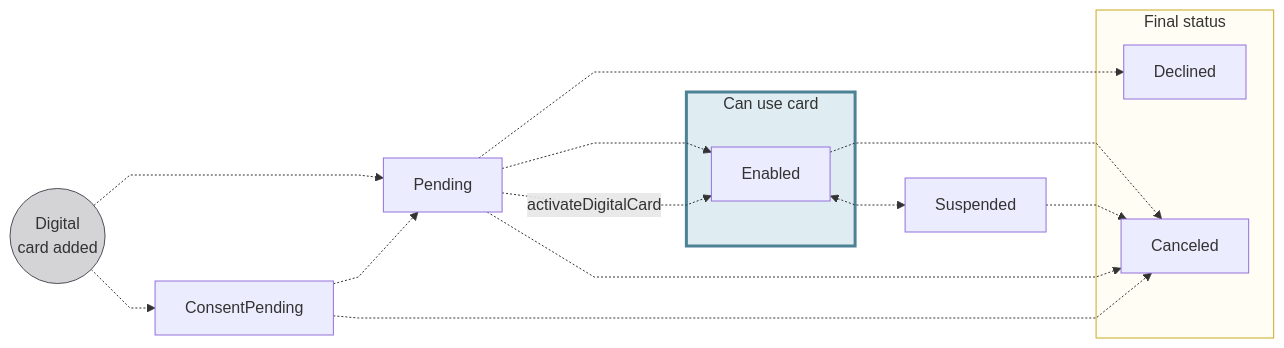
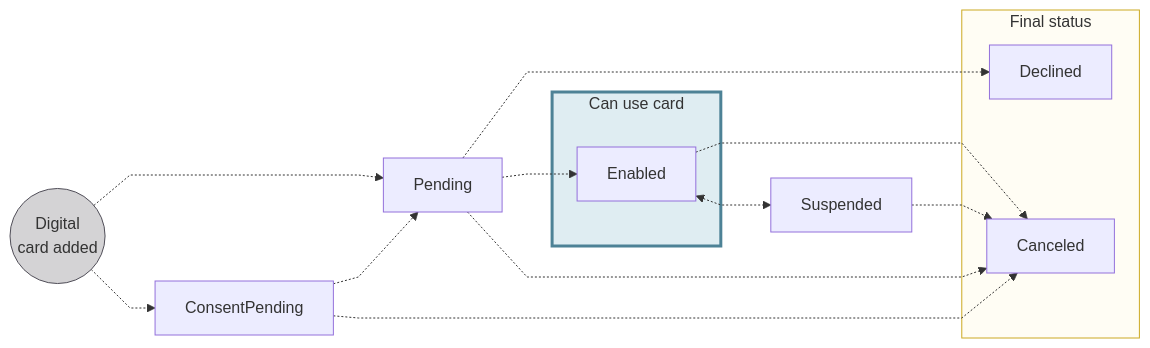
One commit to swan-io/docs changed the diagram in docs/cards/concepts/digital/statuses.mdx. Above: the diagram before and after it, drawn with Mermaid. The commit also changed other lines of this file and 5 other files, not shown here.

````diff
--- a/docs/cards/concepts/digital/statuses.mdx
+++ b/docs/cards/concepts/digital/statuses.mdx
@@ -15,25 +20,24 @@
 ```mermaid
 %%{ init: { 'flowchart': { 'curve': 'linear' } } }%%
 flowchart LR
     DCA((Digital<br/>card added)) -.-> P[Pending]
     DCA -.-> CP[ConsentPending]
     P -.-> D[Declined]
     CP -.-> P
     CP -.-> CD
     P -.-> E[Enabled]
-    P -.->|activateDigitalCard| E
     E -.-> CD
     E <-.-> S[Suspended]
     S -.-> CD[Canceled]
     P -.-> CD
     subgraph U[Can use card]
         E
     end
     subgraph F[Final status]
         CD
         D
     end
     style DCA fill:#D4D3D5,stroke:#514F59
     style F fill:#fffdf4,stroke:#cca922
     style U fill:#dfedf2,stroke:#4d8296, stroke-width:3px
 ```
````
